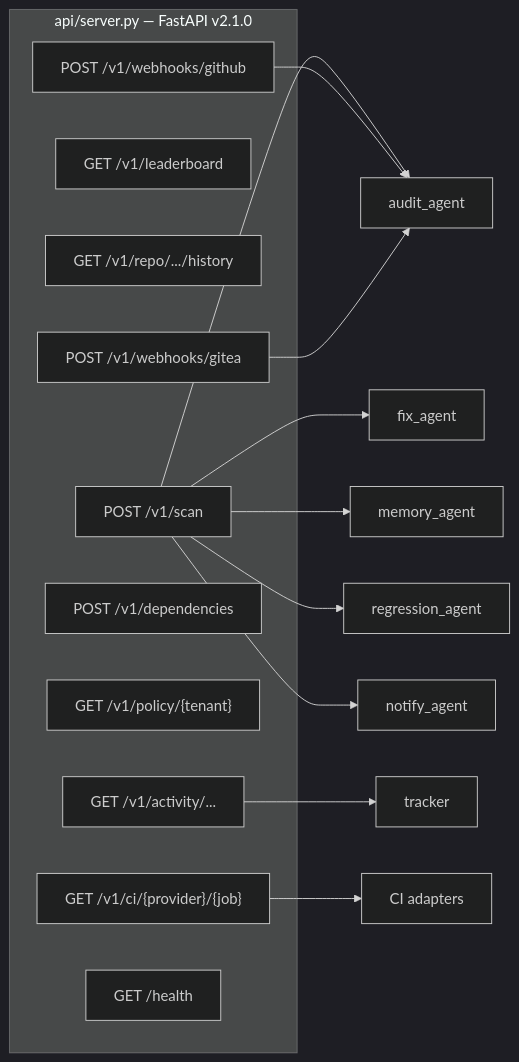
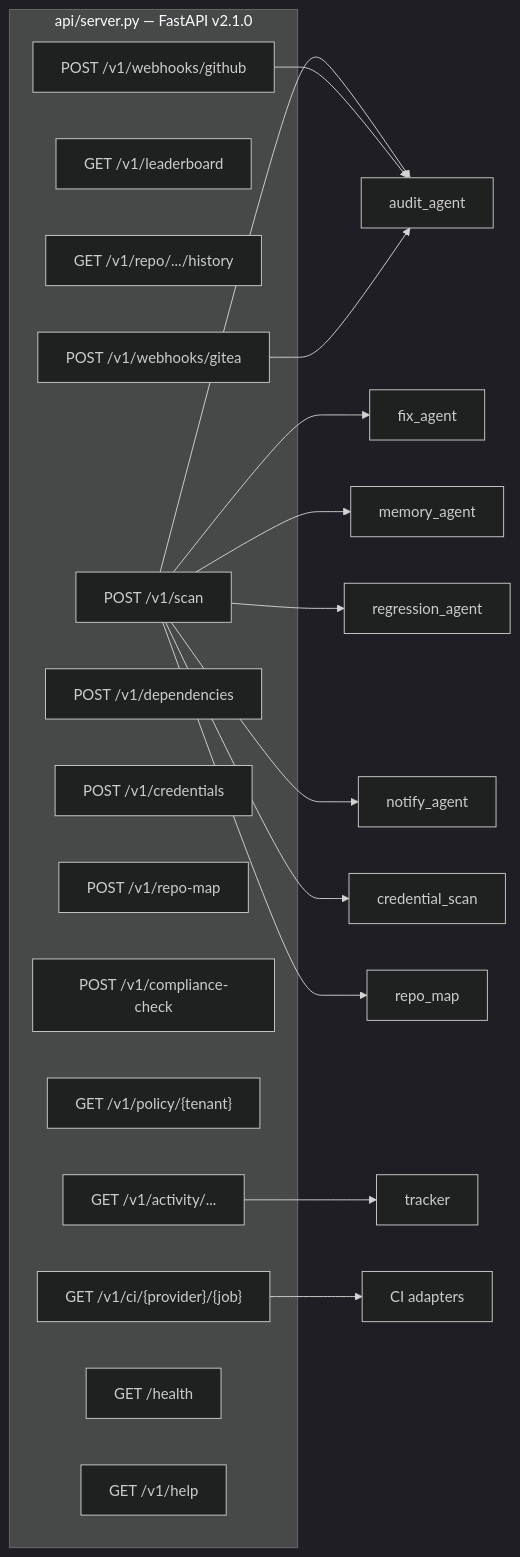
The second of 5 diagrams in README.md (parthassamal/SciGate), drawn with Mermaid (dark theme) before and after one commit. The commit also changed other lines of this file and 20 other files, not shown here.

````diff
--- a/README.md
+++ b/README.md
@@ -66,25 +106,31 @@
 ```mermaid
 graph LR
     subgraph API["api/server.py — FastAPI v2.1.0"]
         SCAN["POST /v1/scan"]
         LB["GET /v1/leaderboard"]
         HIST["GET /v1/repo/.../history"]
         ACT["GET /v1/activity/..."]
         CIR["GET /v1/ci/{provider}/{job}"]
         DEP["POST /v1/dependencies"]
+        CRED["POST /v1/credentials"]
+        RMAP["POST /v1/repo-map"]
+        JRNL["POST /v1/compliance-check"]
         POL["GET /v1/policy/{tenant}"]
         WHG["POST /v1/webhooks/github"]
         WHT["POST /v1/webhooks/gitea"]
         HP["GET /health"]
+        HLP["GET /v1/help"]
     end
 
     SCAN --> AUD["audit_agent"]
     SCAN --> FIX["fix_agent"]
     SCAN --> MMA["memory_agent"]
     SCAN --> REG["regression_agent"]
     SCAN --> NOT["notify_agent"]
+    SCAN --> CSCAN["credential_scan"]
+    SCAN --> MGEN["repo_map"]
     ACT --> TRK["tracker"]
     CIR --> CIA["CI adapters"]
     WHG --> AUD
     WHT --> AUD
 ```
````
